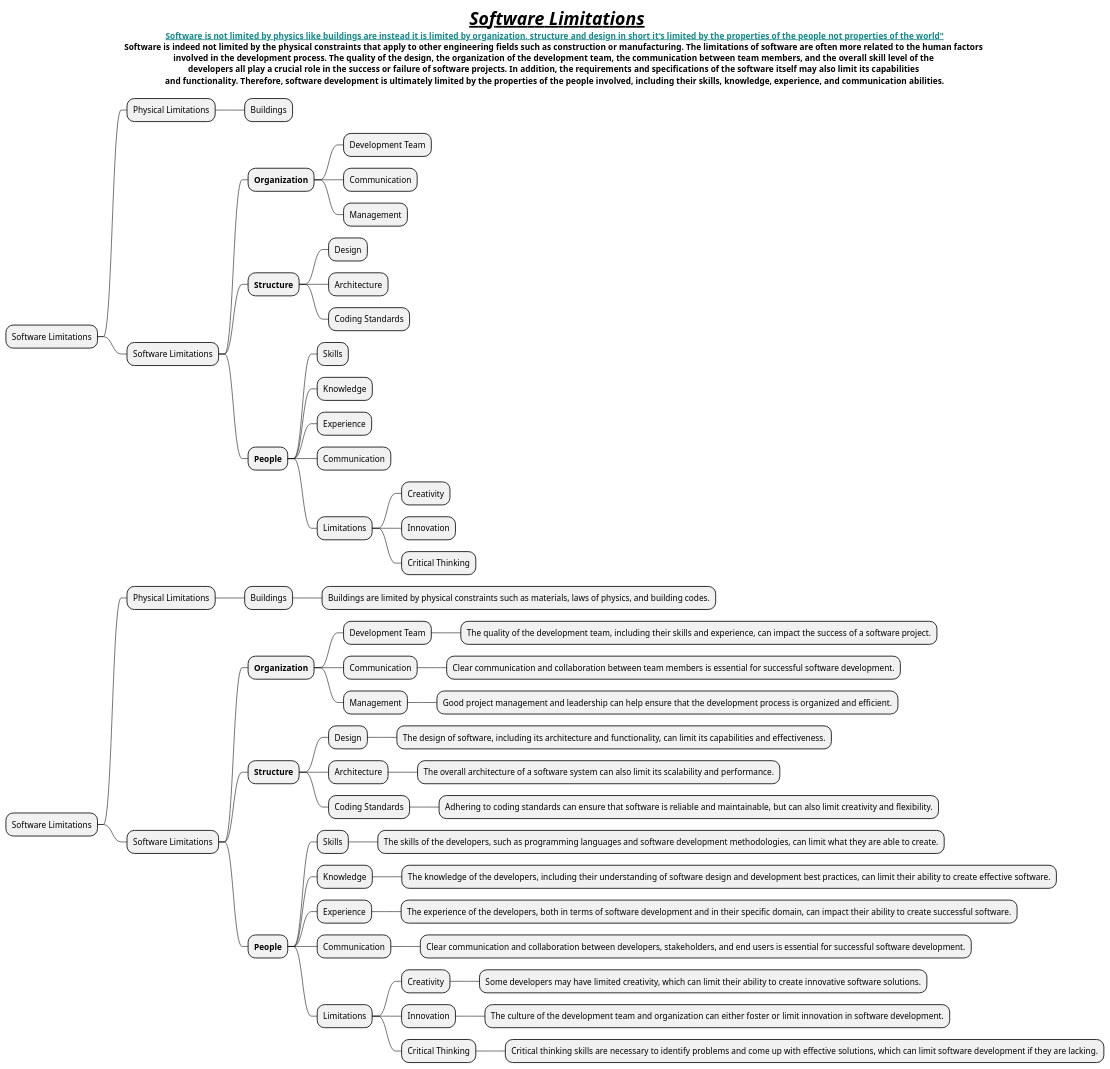
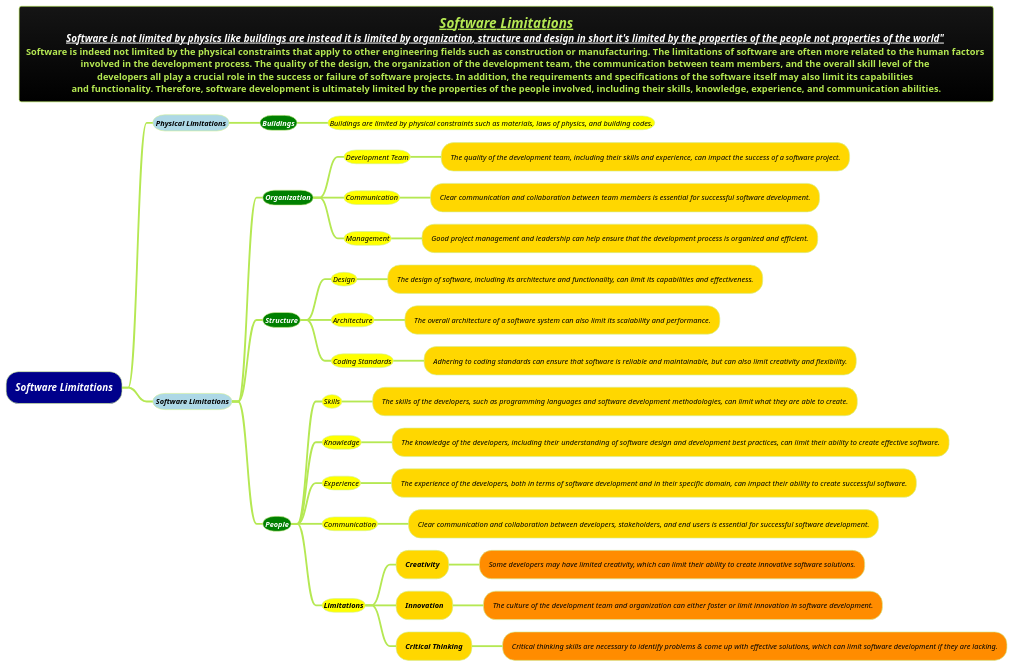
Before and after one commit to MehmoodHashmi/Documentation-as-Code-DaC: the diagram in docs/1-Requirement-Engineering/Software-Limitations.puml, drawn with PlantUML.

```diff
--- a/docs/1-Requirement-Engineering/Software-Limitations.puml
+++ b/docs/1-Requirement-Engineering/Software-Limitations.puml
@@ -1,64 +1,40 @@
 @startmindmap
+title =<b><i><u><size:18>Software Limitations \n<color #white><b><i><u><size:16>Software is not limited by physics like buildings are instead it is limited by organization, structure and design in short it's limited by the properties of the people not properties of the world" \n<size:15>Software is indeed not limited by the physical constraints that apply to other engineering fields such as construction or manufacturing. The limitations of software are often more related to the human factors \n<size:15>involved in the development process. The quality of the design, the organization of the development team, the communication between team members, and the overall skill level of the \n<size:15>developers all play a crucial role in the success or failure of software projects. In addition, the requirements and specifications of the software itself may also limit its capabilities \n<size:15>and functionality. Therefore, software development is ultimately limited by the properties of the people involved, including their skills, knowledge, experience, and communication abilities.
+!theme hacker
 
-title =//**__ Software Limitations__**// \n<color #118888>**__Software is not limited by physics like buildings are instead it is limited by organization, structure and design in short it's limited by the properties of the people not properties of the world"__**</color>\nSoftware is indeed not limited by the physical constraints that apply to other engineering fields such as construction or manufacturing. The limitations of software are often more related to the human factors \ninvolved in the development process. The quality of the design, the organization of the development team, the communication between team members, and the overall skill level of the \ndevelopers all play a crucial role in the success or failure of software projects. In addition, the requirements and specifications of the software itself may also limit its capabilities \nand functionality. Therefore, software development is ultimately limited by the properties of the people involved, including their skills, knowledge, experience, and communication abilities.
-
-
-* Software Limitations
-** Physical Limitations
-*** Buildings
-** Software Limitations
-*** **Organization**
-**** Development Team
-**** Communication
-**** Management
-*** **Structure**
-**** Design
-**** Architecture
-**** Coding Standards
-*** **People**
-**** Skills
-**** Knowledge
-**** Experience
-**** Communication
-**** Limitations
-***** Creativity
-***** Innovation
-***** Critical Thinking
-
-
-* Software Limitations
-** Physical Limitations
-*** Buildings
-**** Buildings are limited by physical constraints such as materials, laws of physics, and building codes.
-** Software Limitations
-*** **Organization**
-**** Development Team
-***** The quality of the development team, including their skills and experience, can impact the success of a software project.
-**** Communication
-***** Clear communication and collaboration between team members is essential for successful software development.
-**** Management
-***** Good project management and leadership can help ensure that the development process is organized and efficient.
-*** **Structure**
-**** Design
-***** The design of software, including its architecture and functionality, can limit its capabilities and effectiveness.
-**** Architecture
-***** The overall architecture of a software system can also limit its scalability and performance.
-**** Coding Standards
-***** Adhering to coding standards can ensure that software is reliable and maintainable, but can also limit creativity and flexibility.
-*** **People**
-**** Skills
-***** The skills of the developers, such as programming languages and software development methodologies, can limit what they are able to create.
-**** Knowledge
-***** The knowledge of the developers, including their understanding of software design and development best practices, can limit their ability to create effective software.
-**** Experience
-***** The experience of the developers, both in terms of software development and in their specific domain, can impact their ability to create successful software.
-**** Communication
-***** Clear communication and collaboration between developers, stakeholders, and end users is essential for successful software development.
-**** Limitations
-***** Creativity
-****** Some developers may have limited creativity, which can limit their ability to create innovative software solutions.
-***** Innovation
-****** The culture of the development team and organization can either foster or limit innovation in software development.
-***** Critical Thinking
-****** Critical thinking skills are necessary to identify problems and come up with effective solutions, which can limit software development if they are lacking.
+*[#darkblue] <i><color #white>Software Limitations
+**[#lightblue] <i><color #black><size:12>Physical Limitations
+***[#green] <b><i><color #white><size:12>Buildings
+****[#yellow] <i><color #black><size:12>Buildings are limited by physical constraints such as materials, laws of physics, and building codes.
+**[#lightblue] <i><color #black><size:12>Software Limitations
+***[#green] <b><i><color #white><size:12>**Organization**
+****[#yellow] <i><color #black><size:12>Development Team
+*****[#gold] <i><color #black><size:12>The quality of the development team, including their skills and experience, can impact the success of a software project.
+****[#yellow] <i><color #black><size:12>Communication
+*****[#gold] <i><color #black><size:12>Clear communication and collaboration between team members is essential for successful software development.
+****[#yellow] <i><color #black><size:12>Management
+*****[#gold] <i><color #black><size:12>Good project management and leadership can help ensure that the development process is organized and efficient.
+***[#green] <b><i><color #white><size:12>**Structure**
+****[#yellow] <i><color #black><size:12>Design
+*****[#gold] <i><color #black><size:12>The design of software, including its architecture and functionality, can limit its capabilities and effectiveness.
+****[#yellow] <i><color #black><size:12>Architecture
+*****[#gold] <i><color #black><size:12>The overall architecture of a software system can also limit its scalability and performance.
+****[#yellow] <i><color #black><size:12>Coding Standards
+*****[#gold] <i><color #black><size:12>Adhering to coding standards can ensure that software is reliable and maintainable, but can also limit creativity and flexibility.
+***[#green] <b><i><color #white><size:12>**People**
+****[#yellow] <i><color #black><size:12>Skills
+*****[#gold] <i><color #black><size:12>The skills of the developers, such as programming languages and software development methodologies, can limit what they are able to create.
+****[#yellow] <i><color #black><size:12>Knowledge
+*****[#gold] <i><color #black><size:12>The knowledge of the developers, including their understanding of software design and development best practices, can limit their ability to create effective software.
+****[#yellow] <i><color #black><size:12>Experience
+*****[#gold] <i><color #black><size:12>The experience of the developers, both in terms of software development and in their specific domain, can impact their ability to create successful software.
+****[#yellow] <i><color #black><size:12>Communication
+*****[#gold] <i><color #black><size:12>Clear communication and collaboration between developers, stakeholders, and end users is essential for successful software development.
+****[#yellow] <b><i><color #black><size:12>Limitations
+*****[#gold] <b><i><color #black><size:12>Creativity
+******[#darkorange] <i><color #black><size:12>Some developers may have limited creativity, which can limit their ability to create innovative software solutions.
+*****[#gold] <b><i><color #black><size:12>Innovation
+******[#darkorange] <i><color #black><size:12>The culture of the development team and organization can either foster or limit innovation in software development.
+*****[#gold] <b><i><color #black><size:12>Critical Thinking
+******[#darkorange] <i><color #black><size:12>Critical thinking skills are necessary to identify problems & come up with effective solutions, which can limit software development if they are lacking.
 @endmindmap
```
